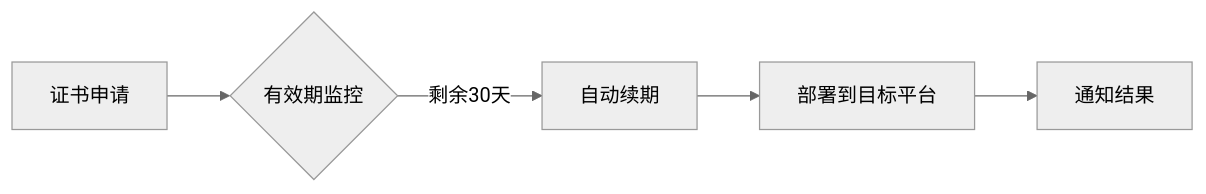
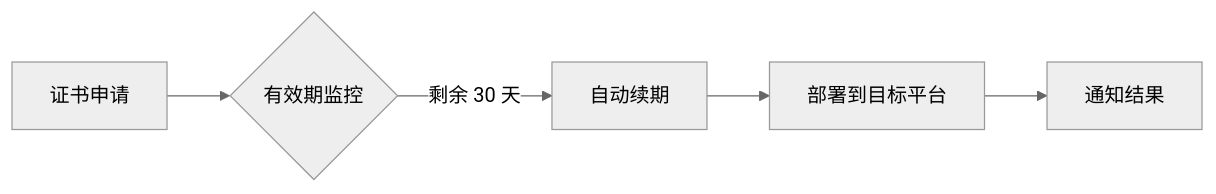
One commit to allinssl/allinssl changed the first of 2 diagrams in README.md. Above: the diagram before and after it, drawn with Mermaid (neutral theme). The commit also changed other lines of this file and 14 other files, not shown here.

````diff
--- a/README.md
+++ b/README.md
@@ -106,7 +163,7 @@
 ```mermaid
 graph LR
 A[证书申请] --> B{有效期监控}
-B -->|剩余30天| C[自动续期]
+B -->|剩余 30 天 | C[自动续期]
 C --> D[部署到目标平台]
 D --> E[通知结果]
 ```
````
